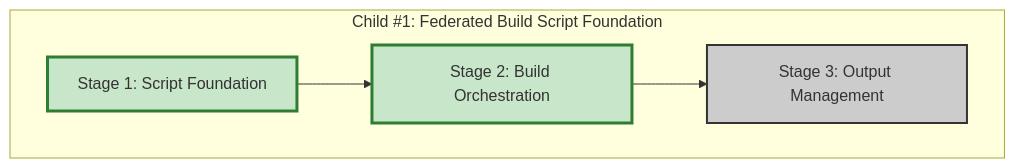
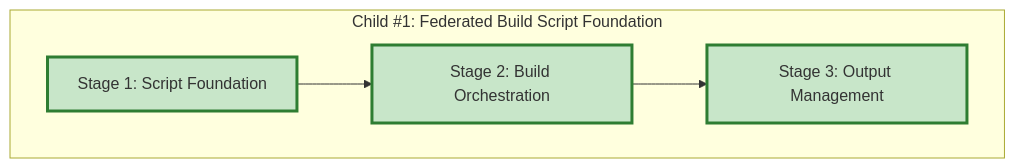
Before and after one commit to info-tech-io/hugo-templates: the diagram in docs/proposals/epic-15-federated-build-system/child-1-federated-build-script/progress.md, drawn with Mermaid. The commit also changed other lines of this file and 1 other file, not shown here.

First line of the commit message:
docs(issue-16): update Stage 3 progress - Output Management complete

````diff
--- a/docs/proposals/epic-15-federated-build-system/child-1-federated-build-script/progress.md
+++ b/docs/proposals/epic-15-federated-build-system/child-1-federated-build-script/progress.md
@@ -5,15 +5,15 @@
 ```mermaid
 graph TD
     subgraph "Child #1: Federated Build Script Foundation"
         A[Stage 1: Script Foundation] --> B[Stage 2: Build Orchestration];
         B --> C[Stage 3: Output Management];
     end
 
     style A fill:#c8e6c9,stroke:#2e7d32,stroke-width:3px
     style B fill:#c8e6c9,stroke:#2e7d32,stroke-width:3px
-    style C fill:#ccc,stroke:#333,stroke-width:2px
+    style C fill:#c8e6c9,stroke:#2e7d32,stroke-width:3px
 
     click A "001-progress.md" "Stage 1 Complete"
     click B "002-progress.md" "Stage 2 Complete"
-    click C "003-output-management.md" "Stage 3 Details"
+    click C "003-progress.md" "Stage 3 Complete"
 ```
````
